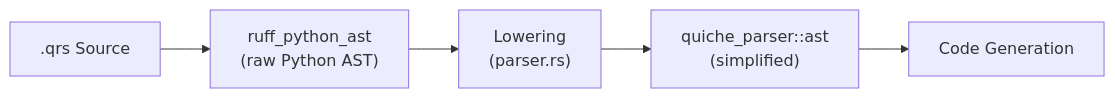
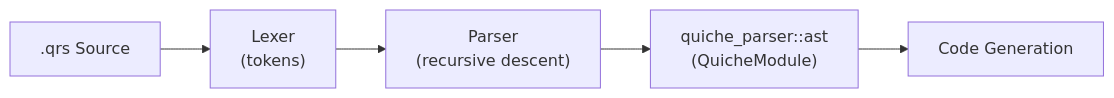
The fourth of 4 diagrams in docs/compiler_architecture.md (quichelang/quiche), drawn with Mermaid before and after one commit. The commit also changed other lines of this file and 15 other files, not shown here.

Commit message:
feat: major milestone - ruff dependency remove! we are using our own 'hand-written' lexer-parser

````diff
--- a/docs/compiler_architecture.md
+++ b/docs/compiler_architecture.md
@@ -139,7 +139,7 @@
 ```mermaid
 flowchart LR
-    Source[".qrs Source"] --> Ruff["ruff_python_ast\n(raw Python AST)"]
-    Ruff --> Lower["Lowering\n(parser.rs)"]
-    Lower --> Quiche["quiche_parser::ast\n(simplified)"]
+    Source[".qrs Source"] --> Lexer["Lexer\n(tokens)"]
+    Lexer --> Parser["Parser\n(recursive descent)"]
+    Parser --> Quiche["quiche_parser::ast\n(QuicheModule)"]
     Quiche --> Codegen["Code Generation"]
 ```
````
